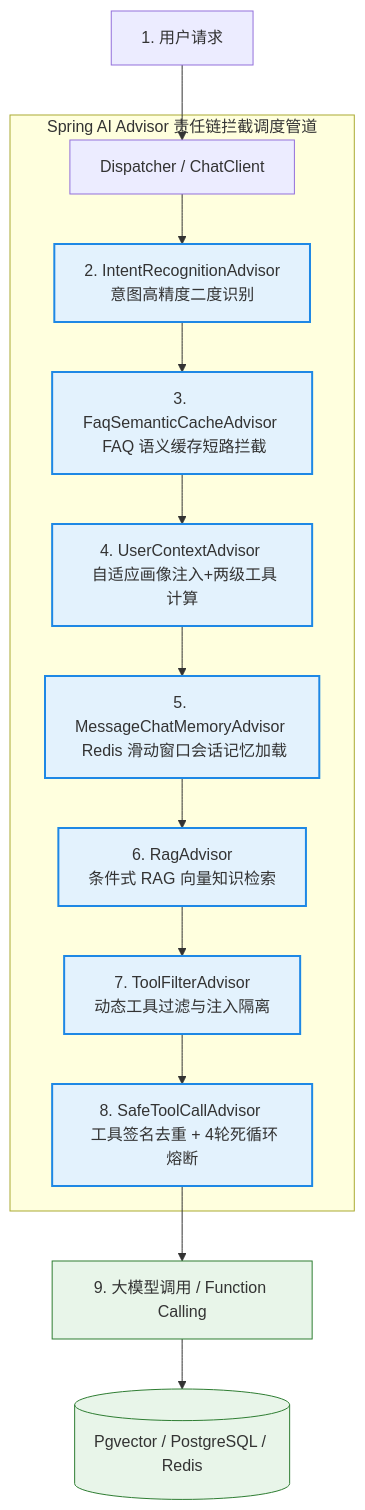
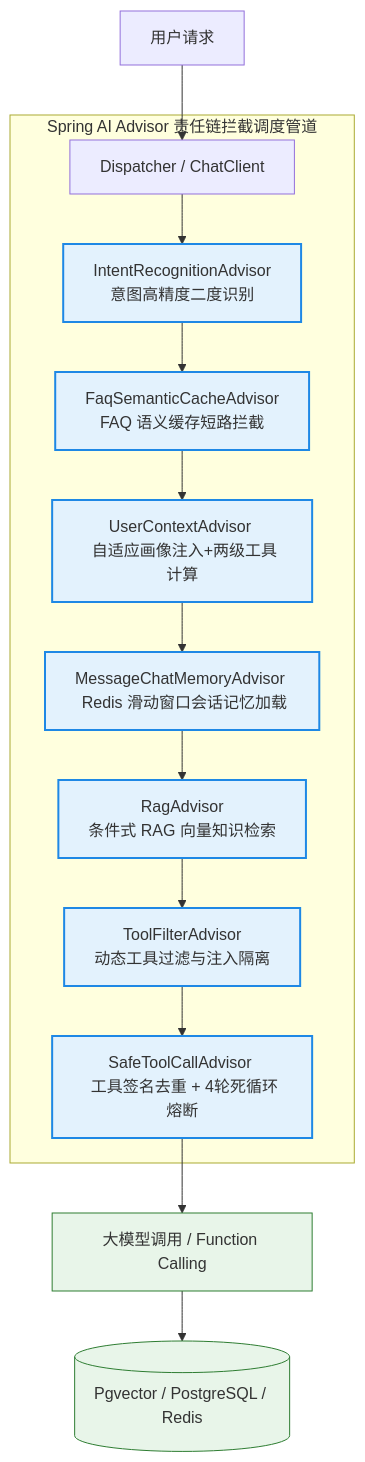
One commit to weiqiang612/Ethan_Notes changed the first of 2 diagrams in docs/八股文/5. AI 应用开发/1. AI 应用开发面试总览.md. Above: the diagram before and after it, drawn with Mermaid. The commit also changed 20 other files, not shown here.

````diff
--- a/docs/八股文/5. AI 应用开发/1. AI 应用开发面试总览.md
+++ b/docs/八股文/5. AI 应用开发/1. AI 应用开发面试总览.md
@@ -28,20 +28,20 @@
 ```mermaid
 graph TD
     classDef advisor fill:#e3f2fd,stroke:#1e88e5,stroke-width:2px;
     classDef component fill:#e8f5e9,stroke:#2e7d32,stroke-width:1px;
 
-    UserRequest[1. 用户请求] --> DS[Dispatcher / ChatClient]
+    UserRequest[用户请求] --> DS[Dispatcher / ChatClient]
     
     subgraph Spring AI Advisor 责任链拦截调度管道
-        DS --> IA[2. IntentRecognitionAdvisor <br> 意图高精度二度识别]:::advisor
-        IA --> FA[3. FaqSemanticCacheAdvisor <br> FAQ 语义缓存短路拦截]:::advisor
-        FA --> UA[4. UserContextAdvisor <br> 自适应画像注入+两级工具计算]:::advisor
-        UA --> MA[5. MessageChatMemoryAdvisor <br> Redis 滑动窗口会话记忆加载]:::advisor
-        MA --> RA[6. RagAdvisor <br> 条件式 RAG 向量知识检索]:::advisor
-        RA --> TA[7. ToolFilterAdvisor <br> 动态工具过滤与注入隔离]:::advisor
-        TA --> SA[8. SafeToolCallAdvisor <br> 工具签名去重 + 4轮死循环熔断]:::advisor
+        DS --> IA[IntentRecognitionAdvisor <br> 意图高精度二度识别]:::advisor
+        IA --> FA[FaqSemanticCacheAdvisor <br> FAQ 语义缓存短路拦截]:::advisor
+        FA --> UA[UserContextAdvisor <br> 自适应画像注入+两级工具计算]:::advisor
+        UA --> MA[MessageChatMemoryAdvisor <br> Redis 滑动窗口会话记忆加载]:::advisor
+        MA --> RA[RagAdvisor <br> 条件式 RAG 向量知识检索]:::advisor
+        RA --> TA[ToolFilterAdvisor <br> 动态工具过滤与注入隔离]:::advisor
+        TA --> SA[SafeToolCallAdvisor <br> 工具签名去重 + 4轮死循环熔断]:::advisor
     end
 
-    SA --> LLM[9. 大模型调用 / Function Calling]:::component
+    SA --> LLM[大模型调用 / Function Calling]:::component
     LLM --> Database[(Pgvector / PostgreSQL / Redis)]:::component
 ```
````
